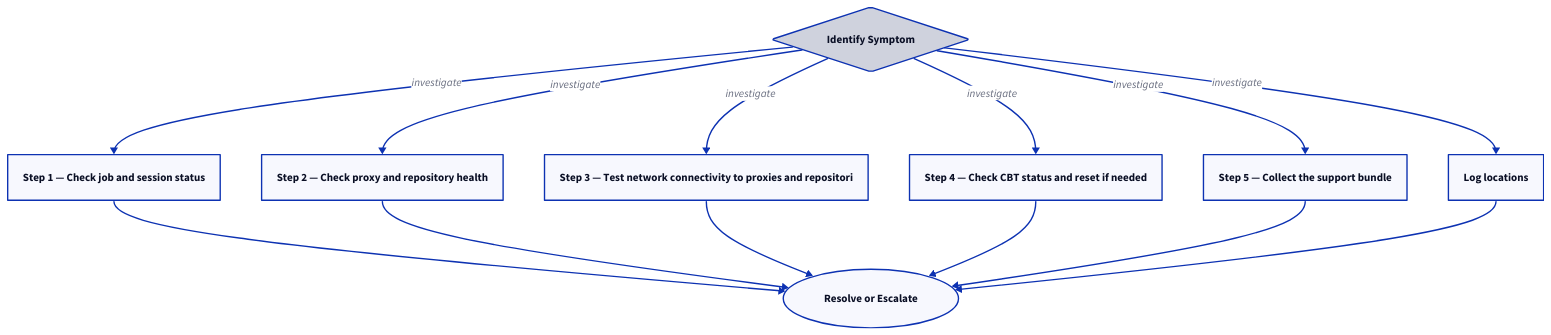
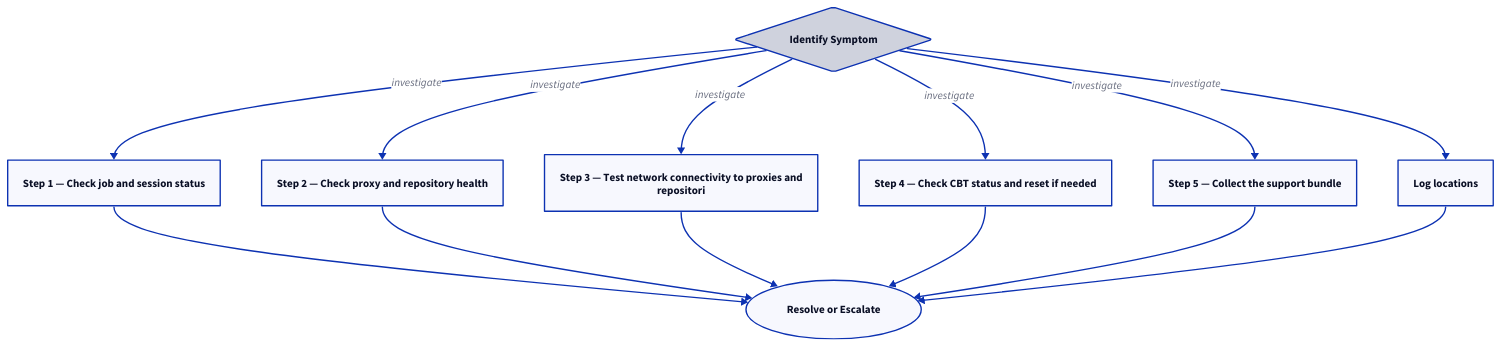
One commit to canast01/chris-kb changed the second of 2 diagrams in docs/backup/veeam/troubleshooting/diagnostics/index.md. Above: the diagram before and after it, drawn with D2. The commit also changed 192 other files, not shown here.

````diff
--- a/docs/backup/veeam/troubleshooting/diagnostics/index.md
+++ b/docs/backup/veeam/troubleshooting/diagnostics/index.md
@@ -45,25 +45,25 @@
 ```d2
 direction: down
 
 symptom: Identify Symptom {shape: diamond}
 step_1_check_job_and_session_status: "Step 1 — Check job and session status" {shape: rectangle}
 step_2_check_proxy_and_repository_he: "Step 2 — Check proxy and repository health" {shape: rectangle}
-step_3_test_network_connectivity_to_: "Step 3 — Test network connectivity to proxies and repositori" {shape: rectangle}
+step_3_test_network_connectivity_to_: "Step 3 — Test network connectivity to proxies and\nrepositori" {shape: rectangle}
 step_4_check_cbt_status_and_reset_if: "Step 4 — Check CBT status and reset if needed" {shape: rectangle}
 step_5_collect_the_support_bundle: "Step 5 — Collect the support bundle" {shape: rectangle}
 log_locations: "Log locations" {shape: rectangle}
 resolution: Resolve or Escalate {shape: oval}
 
 symptom -> step_1_check_job_and_session_status: investigate
 symptom -> step_2_check_proxy_and_repository_he: investigate
 symptom -> step_3_test_network_connectivity_to_: investigate
 symptom -> step_4_check_cbt_status_and_reset_if: investigate
 symptom -> step_5_collect_the_support_bundle: investigate
 symptom -> log_locations: investigate
 step_1_check_job_and_session_status -> resolution
 step_2_check_proxy_and_repository_he -> resolution
 step_3_test_network_connectivity_to_ -> resolution
 step_4_check_cbt_status_and_reset_if -> resolution
 step_5_collect_the_support_bundle -> resolution
 log_locations -> resolution
 ```
````
